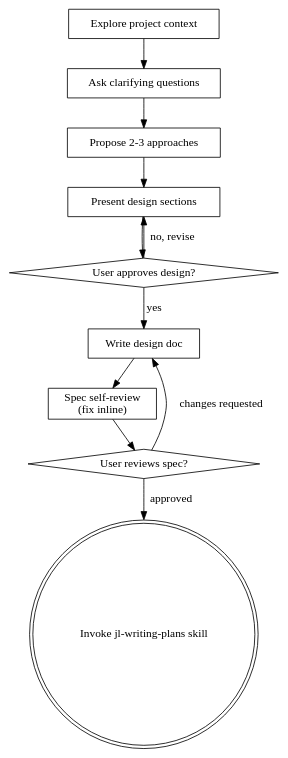
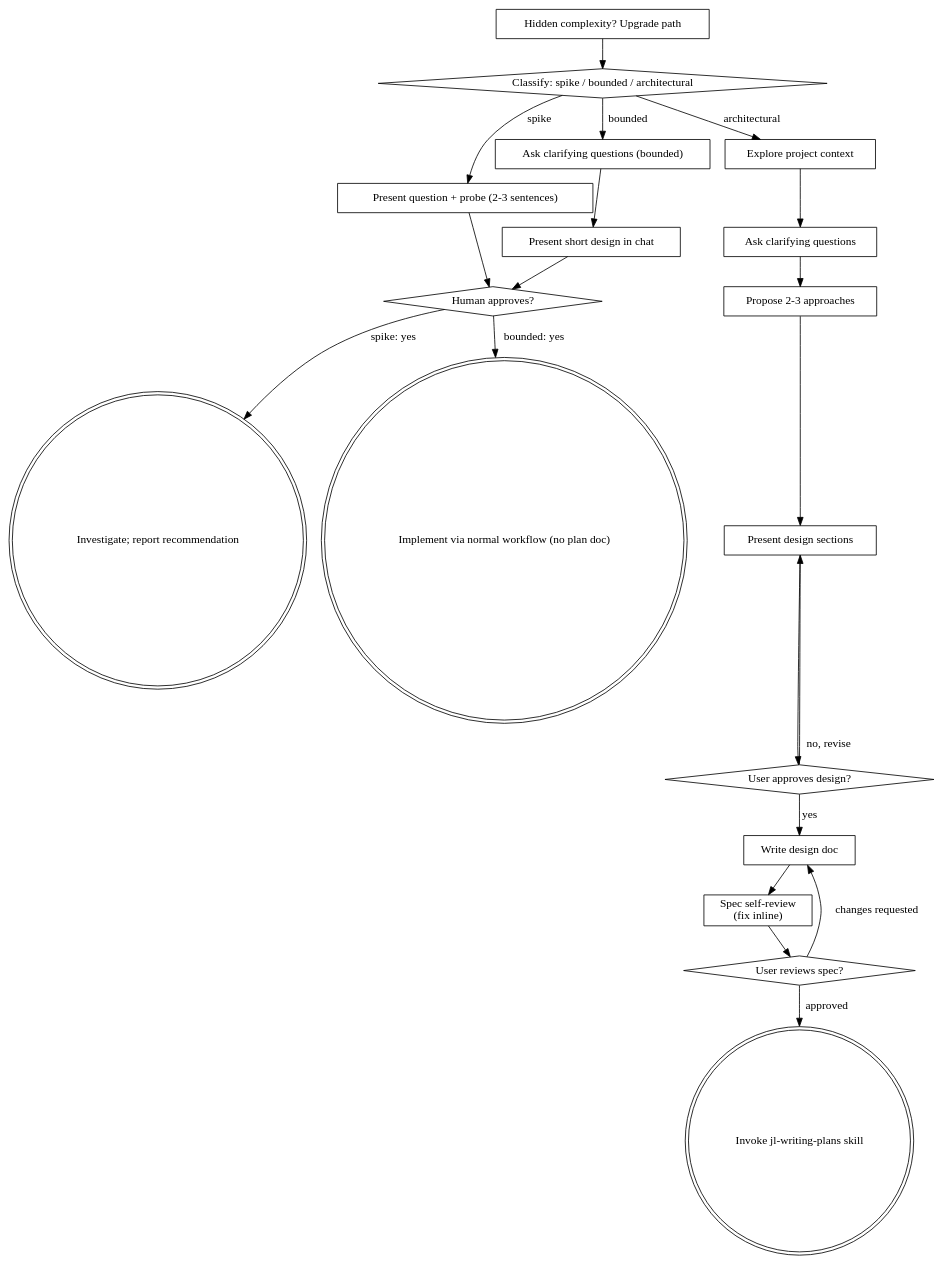
One commit to hufaei/my-skills changed the diagram in synced/jl-brainstorming/SKILL.md. Above: the diagram before and after it, drawn with Graphviz. The commit also changed other lines of this file and 13 other files, not shown here.

Commit message:
Refresh prompt architecture and synced skills

````diff
--- a/synced/jl-brainstorming/SKILL.md
+++ b/synced/jl-brainstorming/SKILL.md
@@ -36,24 +107,41 @@
 ```dot
 digraph brainstorming {
+    "Classify: spike / bounded / architectural" [shape=diamond];
+    "Present question + probe (2-3 sentences)" [shape=box];
+    "Ask clarifying questions (bounded)" [shape=box];
+    "Present short design in chat" [shape=box];
+    "Human approves?" [shape=diamond];
+    "Investigate; report recommendation" [shape=doublecircle];
+    "Implement via normal workflow (no plan doc)" [shape=doublecircle];
     "Explore project context" [shape=box];
     "Ask clarifying questions" [shape=box];
     "Propose 2-3 approaches" [shape=box];
     "Present design sections" [shape=box];
     "User approves design?" [shape=diamond];
     "Write design doc" [shape=box];
     "Spec self-review\n(fix inline)" [shape=box];
     "User reviews spec?" [shape=diamond];
     "Invoke jl-writing-plans skill" [shape=doublecircle];
+    "Hidden complexity? Upgrade path" [shape=box];
 
+    "Classify: spike / bounded / architectural" -> "Present question + probe (2-3 sentences)" [label="spike"];
+    "Classify: spike / bounded / architectural" -> "Ask clarifying questions (bounded)" [label="bounded"];
+    "Classify: spike / bounded / architectural" -> "Explore project context" [label="architectural"];
+    "Present question + probe (2-3 sentences)" -> "Human approves?";
+    "Ask clarifying questions (bounded)" -> "Present short design in chat";
+    "Present short design in chat" -> "Human approves?";
+    "Human approves?" -> "Investigate; report recommendation" [label="spike: yes"];
+    "Human approves?" -> "Implement via normal workflow (no plan doc)" [label="bounded: yes"];
+    "Hidden complexity? Upgrade path" -> "Classify: spike / bounded / architectural";
     "Explore project context" -> "Ask clarifying questions";
     "Ask clarifying questions" -> "Propose 2-3 approaches";
     "Propose 2-3 approaches" -> "Present design sections";
     "Present design sections" -> "User approves design?";
     "User approves design?" -> "Present design sections" [label="no, revise"];
     "User approves design?" -> "Write design doc" [label="yes"];
     "Write design doc" -> "Spec self-review\n(fix inline)";
     "Spec self-review\n(fix inline)" -> "User reviews spec?";
     "User reviews spec?" -> "Write design doc" [label="changes requested"];
     "User reviews spec?" -> "Invoke jl-writing-plans skill" [label="approved"];
 }
 ```
````
